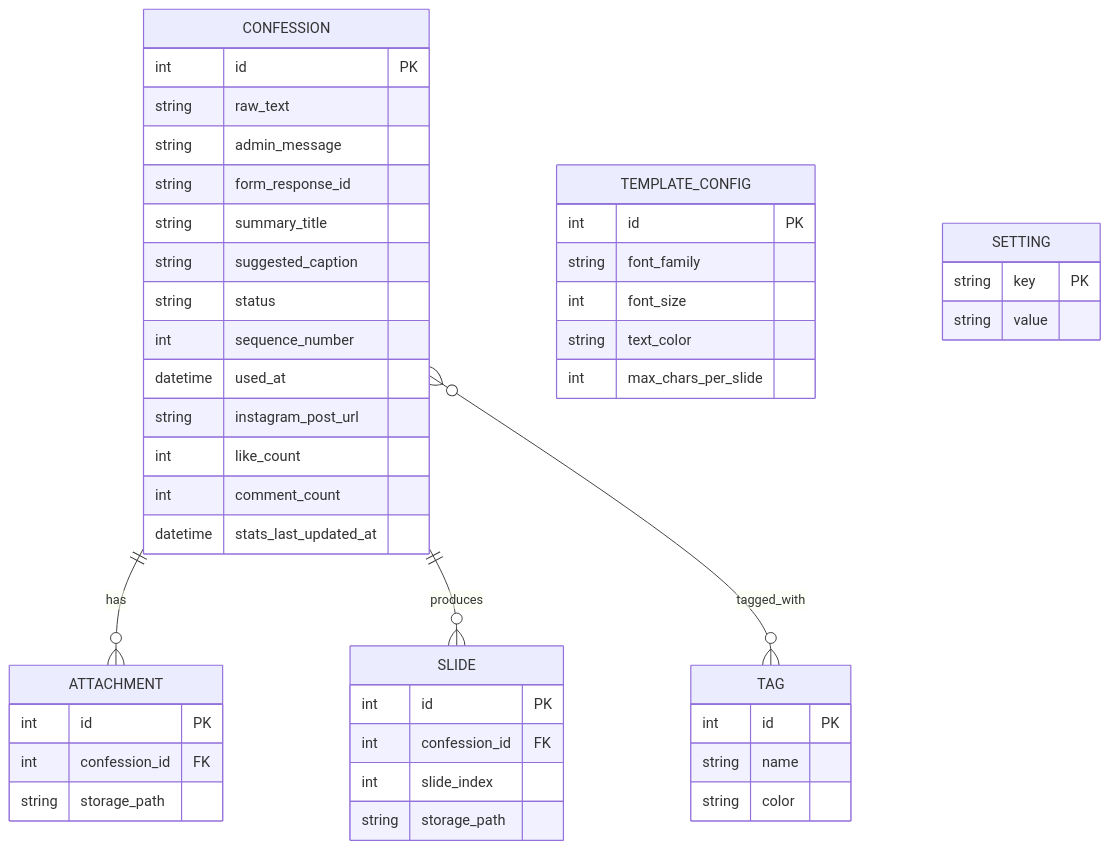
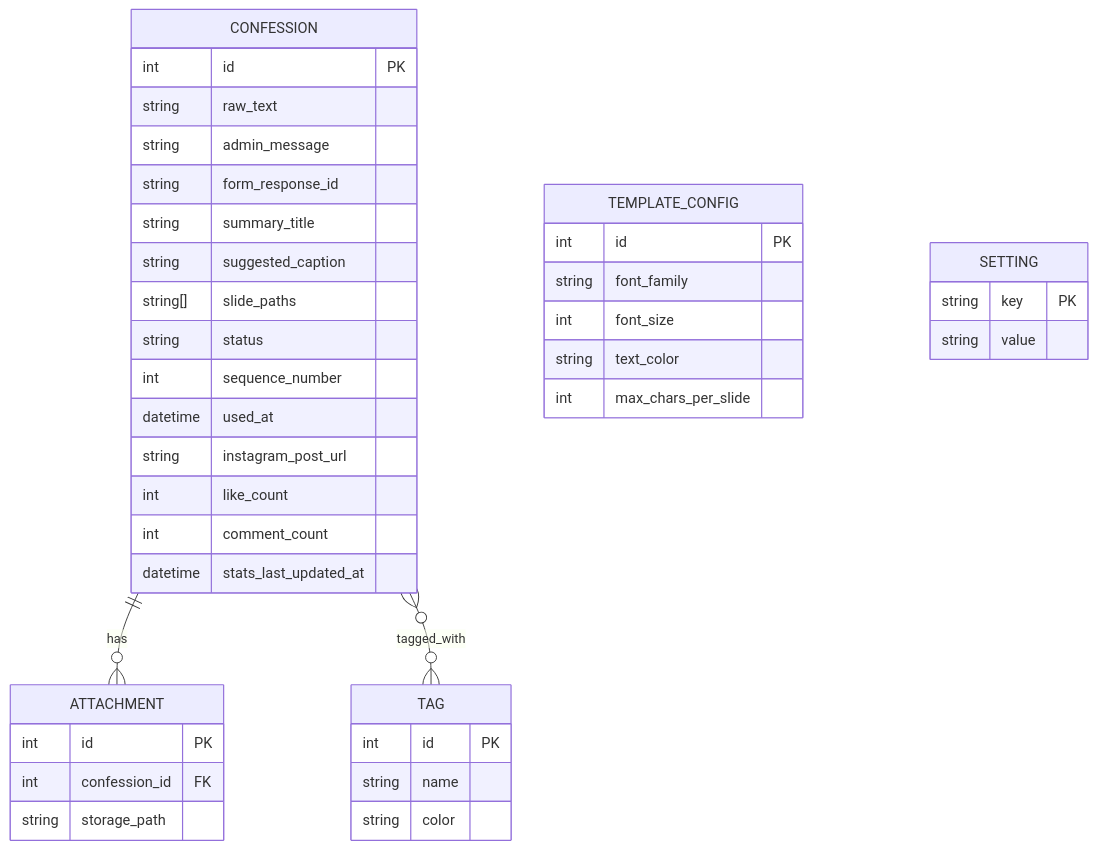
The first of 3 diagrams in README.md (m-vanrompuy/confessor), drawn with Mermaid before and after one commit. The commit also changed other lines of this file and 5 other files, not shown here.

````diff
--- a/README.md
+++ b/README.md
@@ -63,48 +63,42 @@
 ```mermaid
 erDiagram
   CONFESSION ||--o{ ATTACHMENT : has
-  CONFESSION ||--o{ SLIDE : produces
   CONFESSION }o--o{ TAG : tagged_with
   CONFESSION {
     int id PK
     string raw_text
     string admin_message
     string form_response_id
     string summary_title
     string suggested_caption
+    string[] slide_paths
     string status
     int sequence_number
     datetime used_at
     string instagram_post_url
     int like_count
     int comment_count
     datetime stats_last_updated_at
   }
   ATTACHMENT {
     int id PK
     int confession_id FK
     string storage_path
   }
   TAG {
     int id PK
     string name
     string color
   }
-  SLIDE {
-    int id PK
-    int confession_id FK
-    int slide_index
-    string storage_path
-  }
   TEMPLATE_CONFIG {
     int id PK
     string font_family
     int font_size
     string text_color
     int max_chars_per_slide
   }
   SETTING {
     string key PK
     string value
   }
 ```
````
